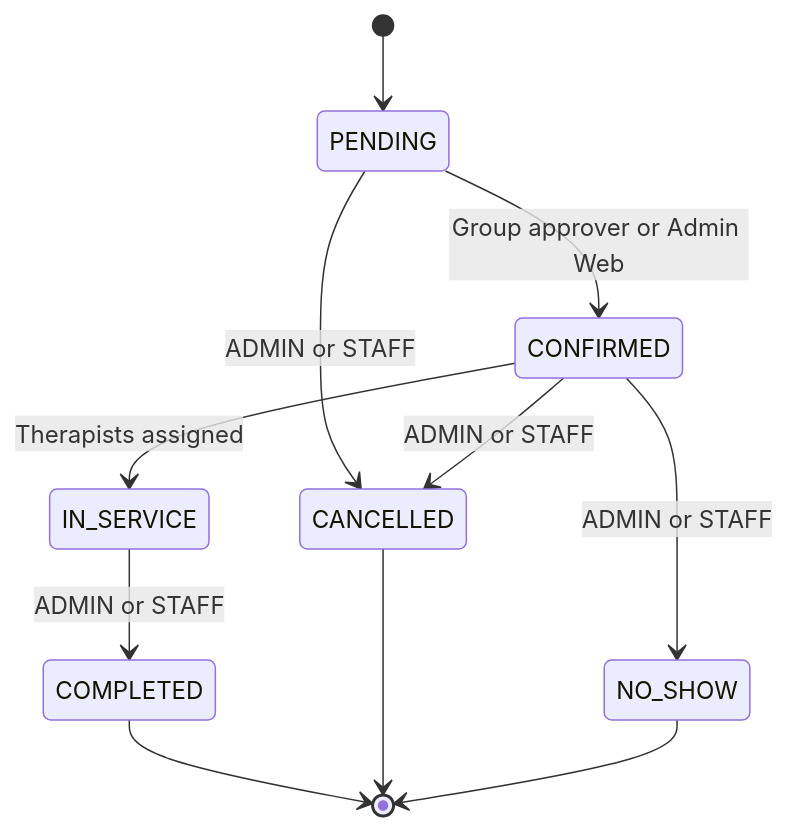
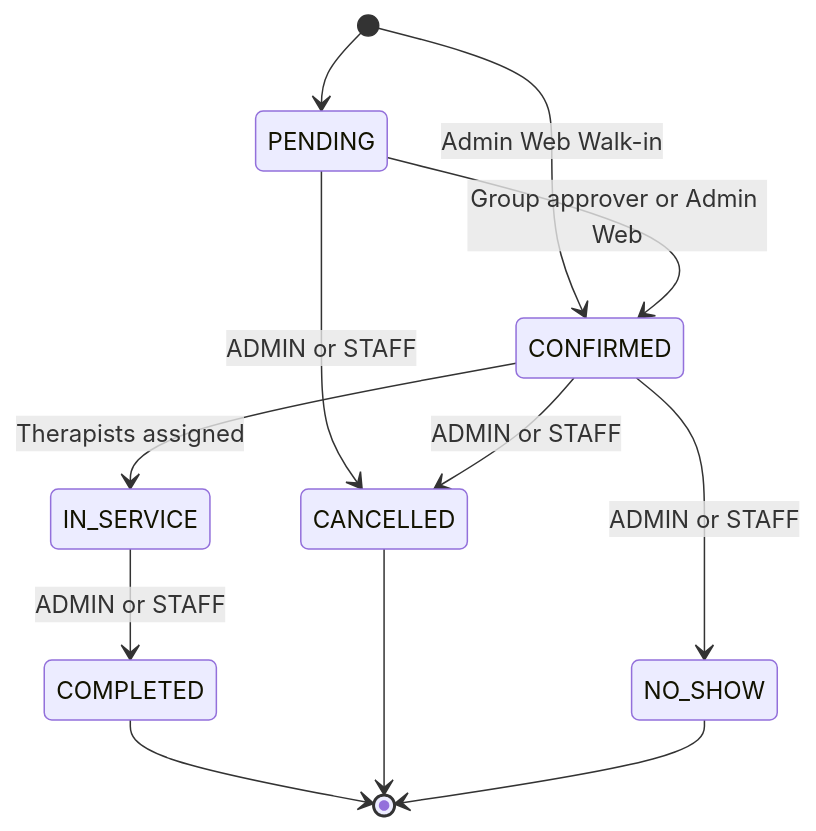
The fourth of 4 diagrams in SPA/Document/HLD.md (chonlathan-cloud/Project_microprojectP49_frontend), drawn with Mermaid before and after one commit. The commit also changed other lines of this file and 24 other files, not shown here.

````diff
--- a/SPA/Document/HLD.md
+++ b/SPA/Document/HLD.md
@@ -439,13 +441,14 @@
 ```mermaid
 stateDiagram-v2
     [*] --> PENDING
+    [*] --> CONFIRMED: Admin Web Walk-in
     PENDING --> CONFIRMED: Group approver or Admin Web
     PENDING --> CANCELLED: ADMIN or STAFF
     CONFIRMED --> IN_SERVICE: Therapists assigned
     CONFIRMED --> CANCELLED: ADMIN or STAFF
     CONFIRMED --> NO_SHOW: ADMIN or STAFF
     IN_SERVICE --> COMPLETED: ADMIN or STAFF
     COMPLETED --> [*]
     CANCELLED --> [*]
     NO_SHOW --> [*]
 ```
````
